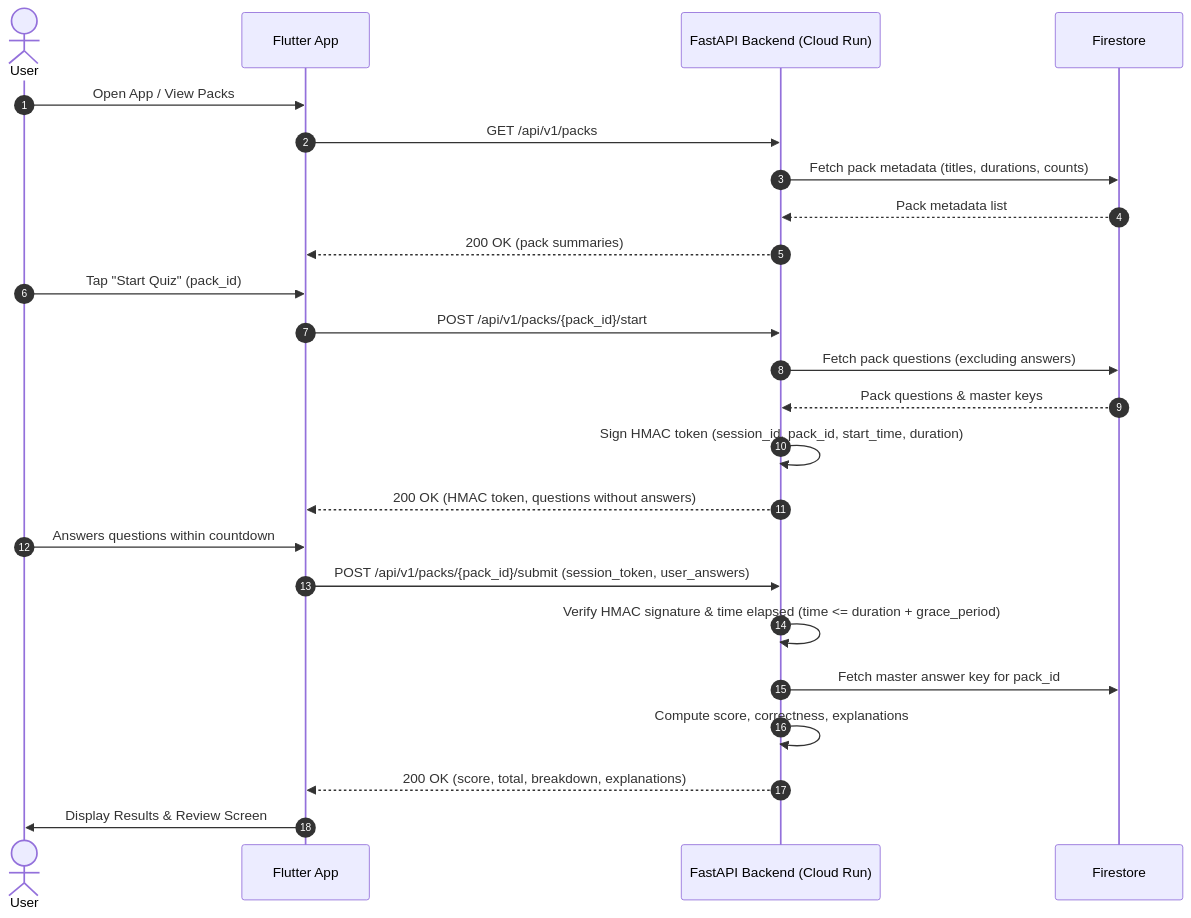
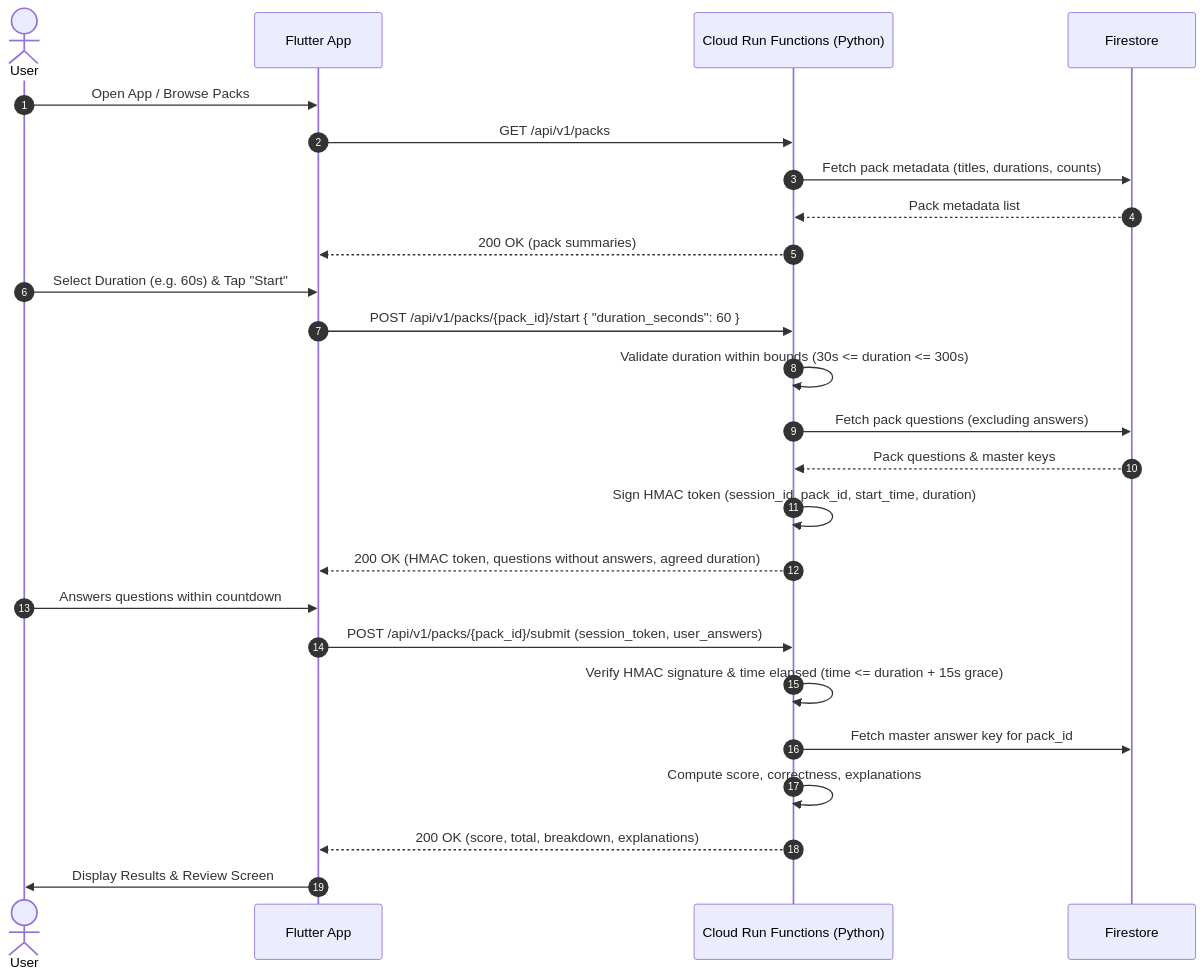
Before and after one commit to poojabasker20/agentic-sdlc: the diagram in designs/gk-quiz-app/gk-quiz-app.md, drawn with Mermaid. The commit also changed other lines of this file, not shown here.

````diff
--- a/designs/gk-quiz-app/gk-quiz-app.md
+++ b/designs/gk-quiz-app/gk-quiz-app.md
@@ -68,29 +82,30 @@
 ```mermaid
 sequenceDiagram
     autonumber
     actor User
     participant Flutter as Flutter App
-    participant API as FastAPI Backend (Cloud Run)
+    participant Functions as Cloud Run Functions (Python)
     participant DB as Firestore
 
-    User->>Flutter: Open App / View Packs
-    Flutter->>API: GET /api/v1/packs
-    API->>DB: Fetch pack metadata (titles, durations, counts)
-    DB-->>API: Pack metadata list
-    API-->>Flutter: 200 OK (pack summaries)
+    User->>Flutter: Open App / Browse Packs
+    Flutter->>Functions: GET /api/v1/packs
+    Functions->>DB: Fetch pack metadata (titles, durations, counts)
+    DB-->>Functions: Pack metadata list
+    Functions-->>Flutter: 200 OK (pack summaries)
 
-    User->>Flutter: Tap "Start Quiz" (pack_id)
-    Flutter->>API: POST /api/v1/packs/{pack_id}/start
-    API->>DB: Fetch pack questions (excluding answers)
-    DB-->>API: Pack questions & master keys
-    API->>API: Sign HMAC token (session_id, pack_id, start_time, duration)
-    API-->>Flutter: 200 OK (HMAC token, questions without answers)
+    User->>Flutter: Select Duration (e.g. 60s) & Tap "Start"
+    Flutter->>Functions: POST /api/v1/packs/{pack_id}/start { "duration_seconds": 60 }
+    Functions->>Functions: Validate duration within bounds (30s <= duration <= 300s)
+    Functions->>DB: Fetch pack questions (excluding answers)
+    DB-->>Functions: Pack questions & master keys
+    Functions->>Functions: Sign HMAC token (session_id, pack_id, start_time, duration)
+    Functions-->>Flutter: 200 OK (HMAC token, questions without answers, agreed duration)
 
     User->>Flutter: Answers questions within countdown
-    Flutter->>API: POST /api/v1/packs/{pack_id}/submit (session_token, user_answers)
-    API->>API: Verify HMAC signature & time elapsed (time <= duration + grace_period)
-    API->>DB: Fetch master answer key for pack_id
-    API->>API: Compute score, correctness, explanations
-    API-->>Flutter: 200 OK (score, total, breakdown, explanations)
+    Flutter->>Functions: POST /api/v1/packs/{pack_id}/submit (session_token, user_answers)
+    Functions->>Functions: Verify HMAC signature & time elapsed (time <= duration + 15s grace)
+    Functions->>DB: Fetch master answer key for pack_id
+    Functions->>Functions: Compute score, correctness, explanations
+    Functions-->>Flutter: 200 OK (score, total, breakdown, explanations)
     Flutter->>User: Display Results & Review Screen
 ```
````
